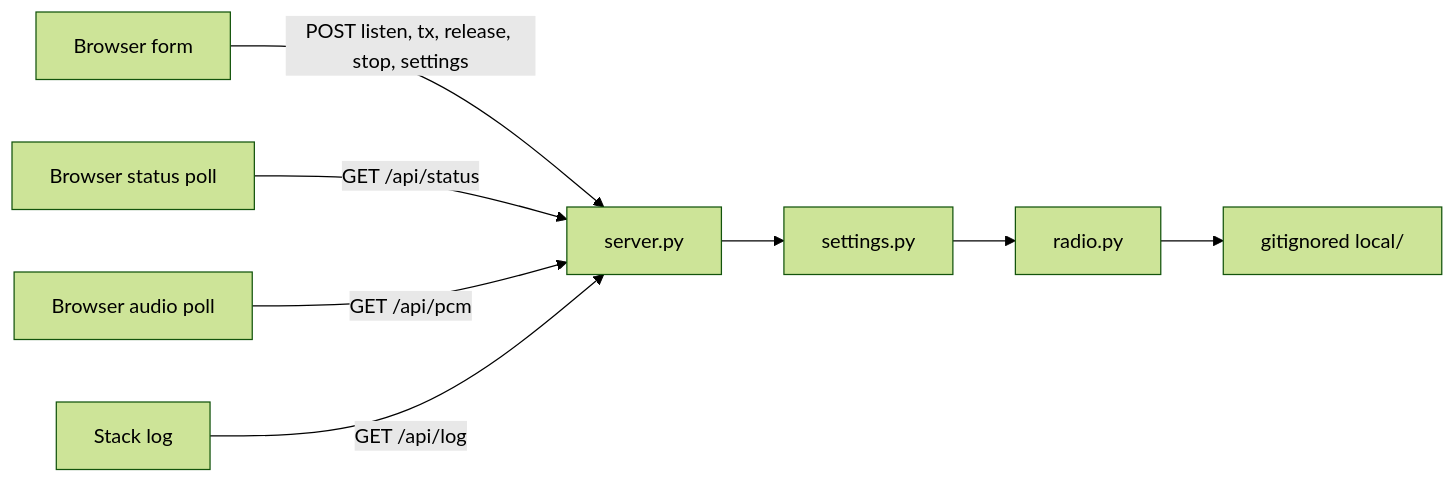
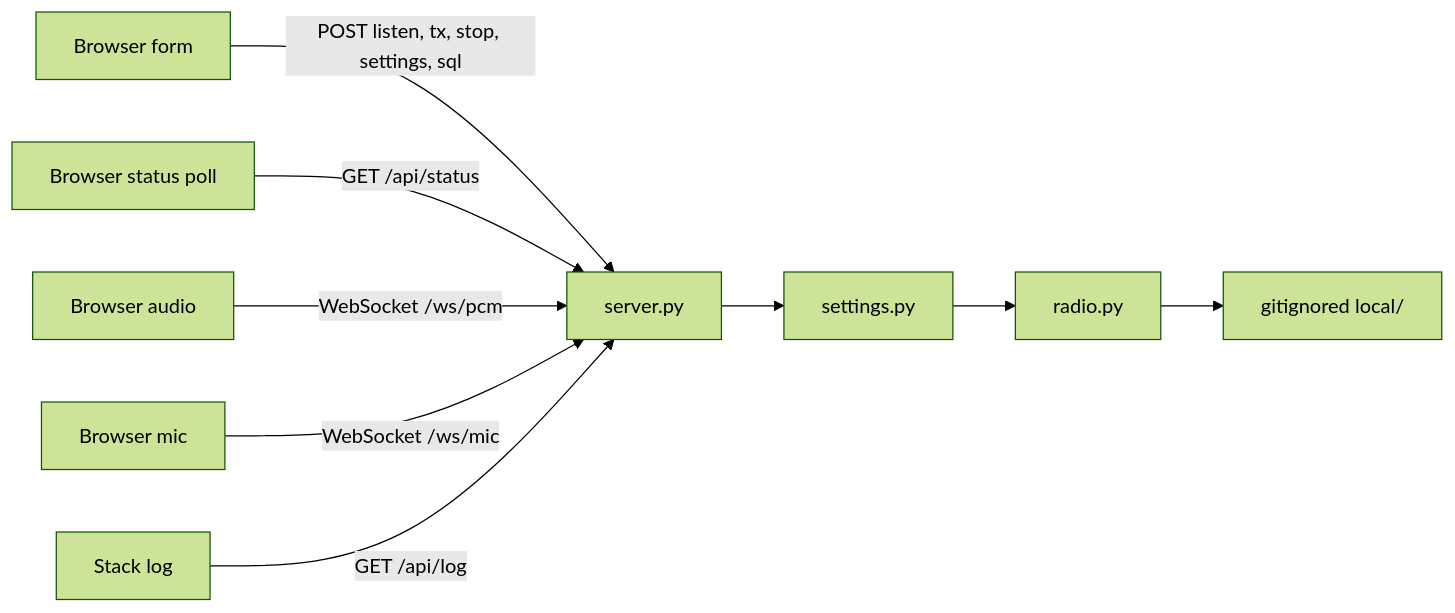
One commit to tmdrake/jim-p25 changed the fifth of 8 diagrams in README.md. Above: the diagram before and after it, drawn with Mermaid (forest theme). The commit also changed other lines of this file and 9 other files, not shown here.

````diff
--- a/README.md
+++ b/README.md
@@ -162,10 +159,11 @@
 ```mermaid
 flowchart LR
-    form[Browser form] -->|POST listen, tx, release, stop, settings| api[server.py]
+    form[Browser form] -->|POST listen, tx, stop, settings, sql| api[server.py]
     api --> settings[settings.py]
     settings --> radio[radio.py]
     radio --> local[gitignored local/]
     browserPoll[Browser status poll] -->|GET /api/status| api
-    pcmPoll[Browser audio poll] -->|GET /api/pcm| api
+    pcmWs[Browser audio] -->|WebSocket /ws/pcm| api
+    micWs[Browser mic] -->|WebSocket /ws/mic| api
     logPoll[Stack log] -->|GET /api/log| api
 ```
````
